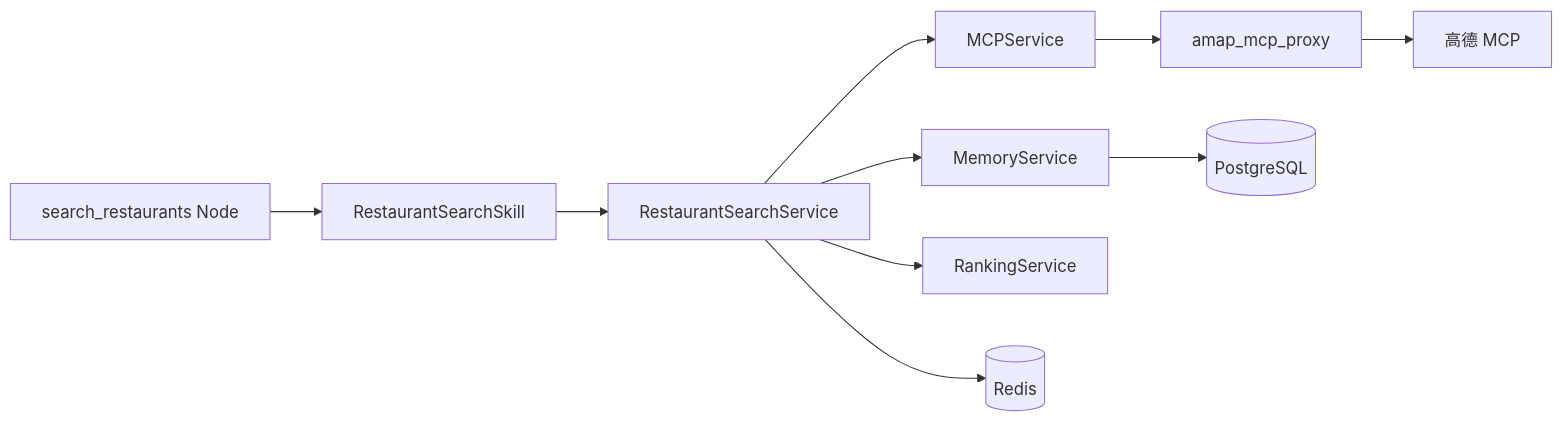
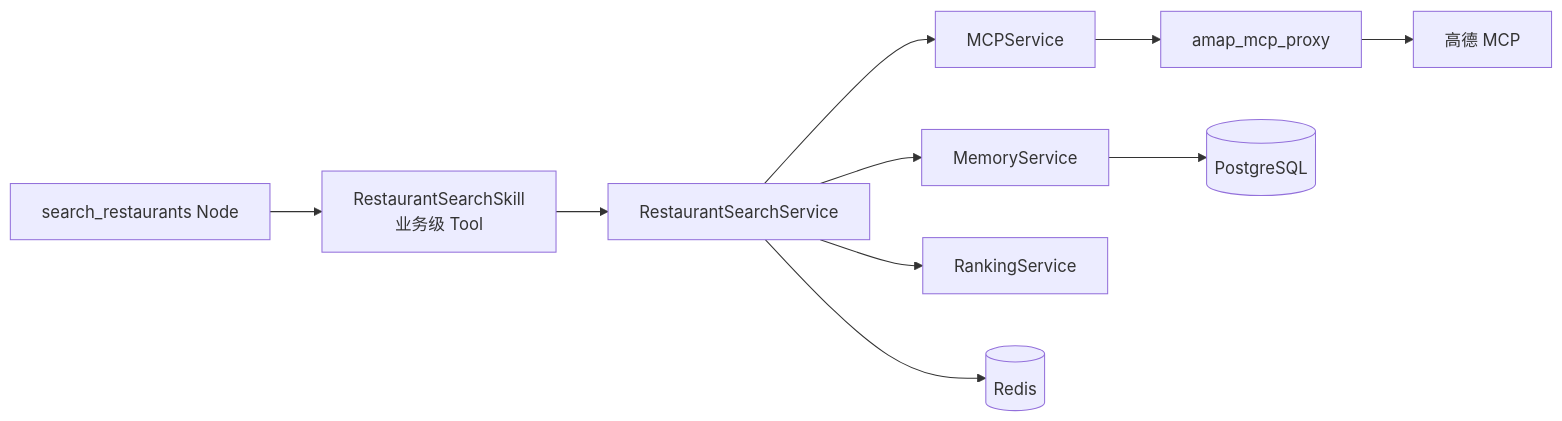
The fourth of 4 diagrams in ARCHITECTURE.md (lsz-code/tastescout-agent), drawn with Mermaid before and after one commit. The commit also changed other lines of this file and 15 other files, not shown here.

````diff
--- a/ARCHITECTURE.md
+++ b/ARCHITECTURE.md
@@ -295,12 +319,12 @@
 ```mermaid
 flowchart LR
-    N[search_restaurants Node] --> SK[RestaurantSearchSkill]
+    N[search_restaurants Node] --> SK[RestaurantSearchSkill<br/>业务级 Tool]
     SK --> RS[RestaurantSearchService]
     RS --> MS[MemoryService]
     RS --> MCP[MCPService]
     RS --> RANK[RankingService]
     MCP --> AP[amap_mcp_proxy]
     AP --> AM[高德 MCP]
     MS --> PG[(PostgreSQL)]
     RS --> REDIS[(Redis)]
 ```
````
